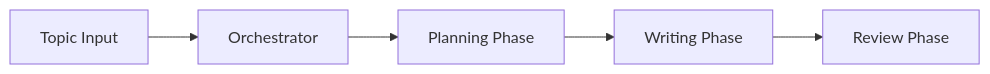
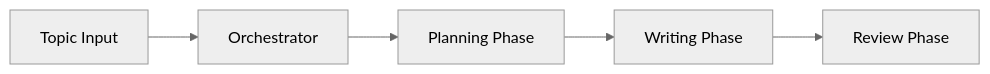
One commit to infoslack/deveficiente-agentes changed diagram 11 of 11 in README.md. Above: the diagram before and after it, drawn with Mermaid. The commit also changed other lines of this file, not shown here.

````diff
--- a/README.md
+++ b/README.md
@@ -296,7 +299,8 @@
 ```mermaid
+%%{init: {'theme':'neutral'}}%%
 graph LR
     A[Topic Input] --> B[Orchestrator]
     B --> C[Planning Phase]
     C --> D[Writing Phase]
     D --> E[Review Phase]
 ```
````
